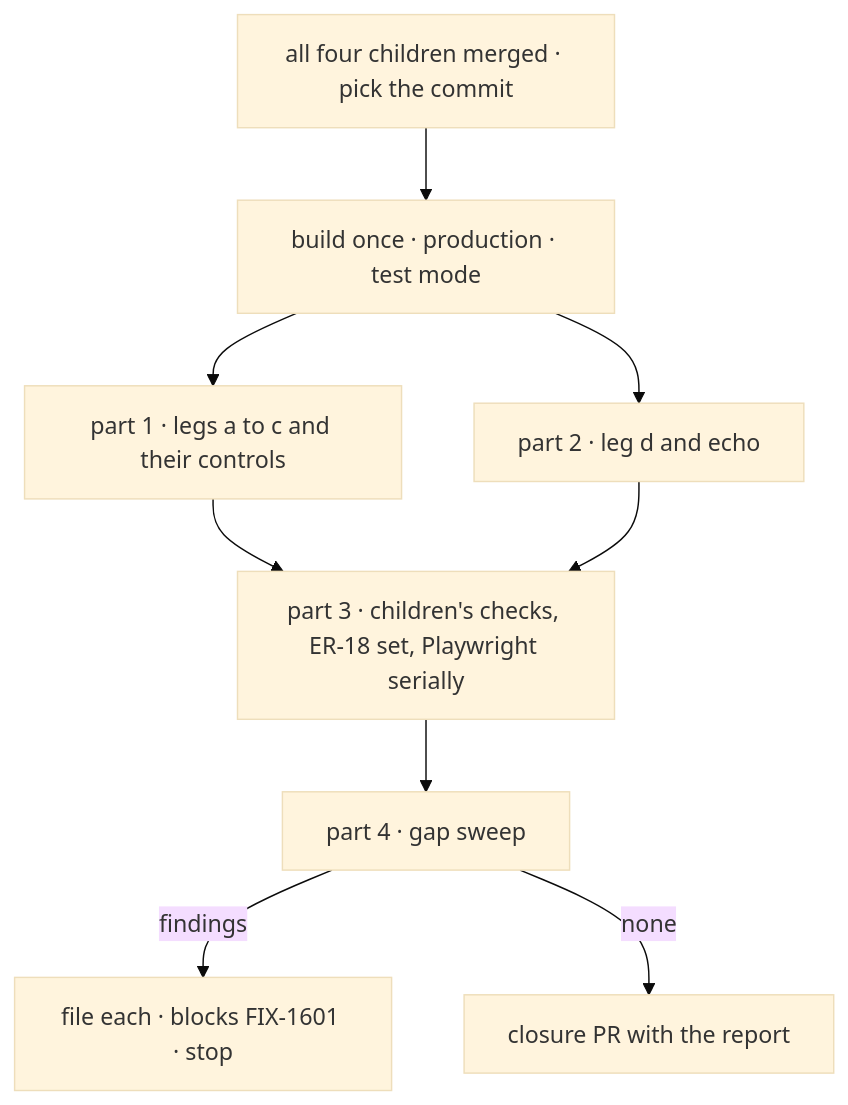
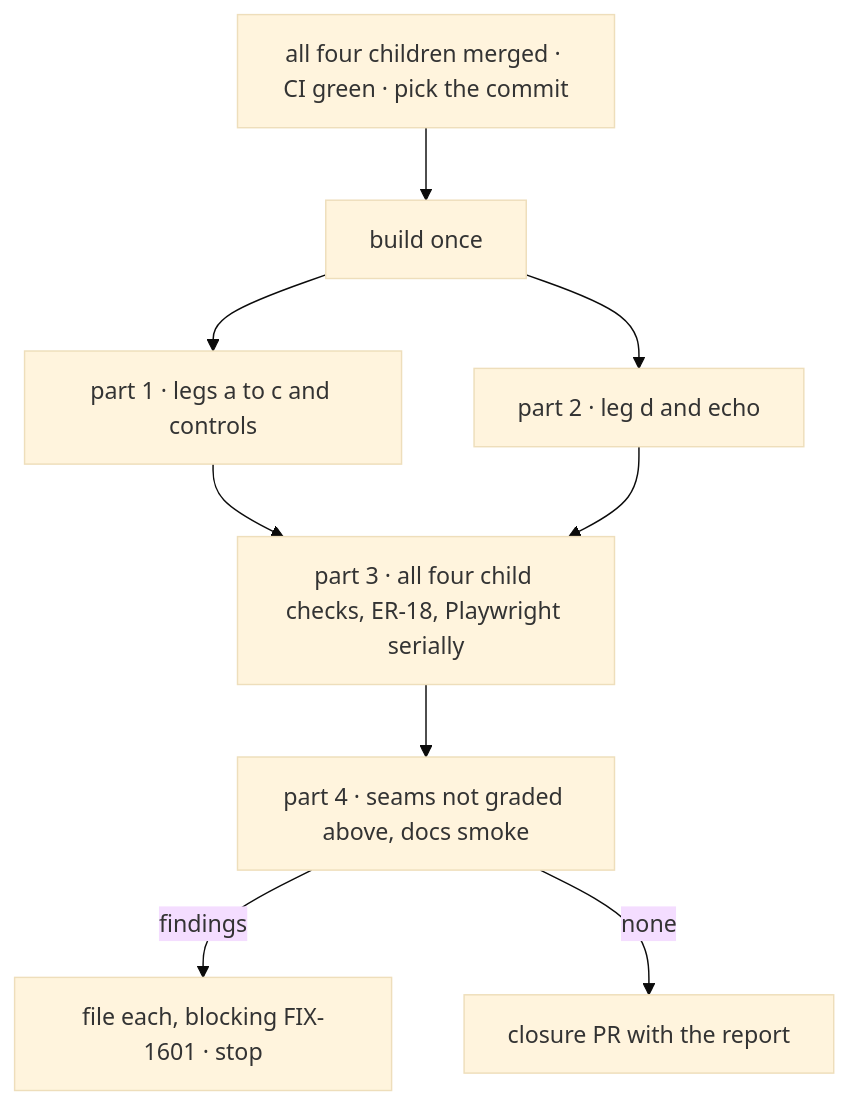
Before and after one commit to fixpoint-labs/flow-state-dev: the diagram in specs/issues/FIX-1601/PLAN.md, drawn with Mermaid (base theme). The commit also changed other lines of this file and 6 other files, not shown here.

````diff
--- a/specs/issues/FIX-1601/PLAN.md
+++ b/specs/issues/FIX-1601/PLAN.md
@@ -21,11 +18,11 @@
 ```mermaid
 flowchart TD
-  M["all four children merged · pick the commit"] --> B["build once · production · test mode"]
-  B --> P1["part 1 · legs a to c and their controls"]
+  M["all four children merged · CI green · pick the commit"] --> B["build once"]
+  B --> P1["part 1 · legs a to c and controls"]
   B --> P2["part 2 · leg d and echo"]
-  P1 --> P3["part 3 · children's checks, ER-18 set, Playwright serially"]
+  P1 --> P3["part 3 · all four child checks, ER-18, Playwright serially"]
   P2 --> P3
-  P3 --> P4["part 4 · gap sweep"]
-  P4 -->|"findings"| F["file each · blocks FIX-1601 · stop"]
+  P3 --> P4["part 4 · seams not graded above, docs smoke"]
+  P4 -->|"findings"| F["file each, blocking FIX-1601 · stop"]
   P4 -->|"none"| PR["closure PR with the report"]
 ```
````
